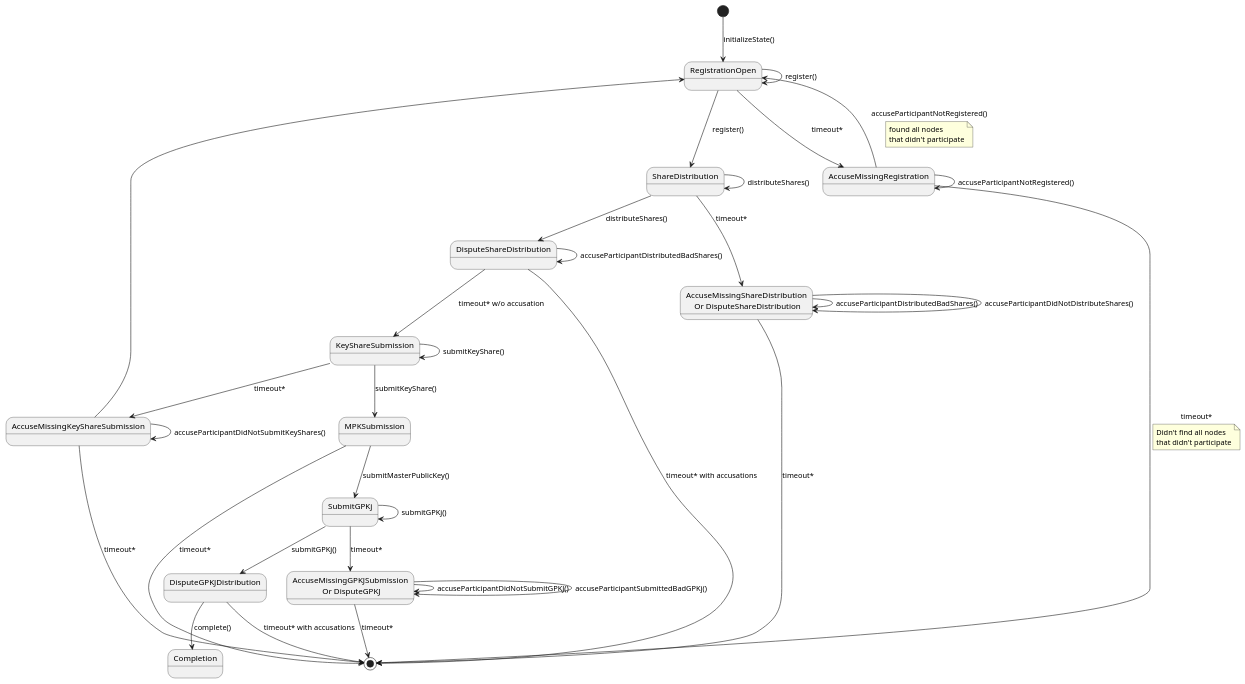
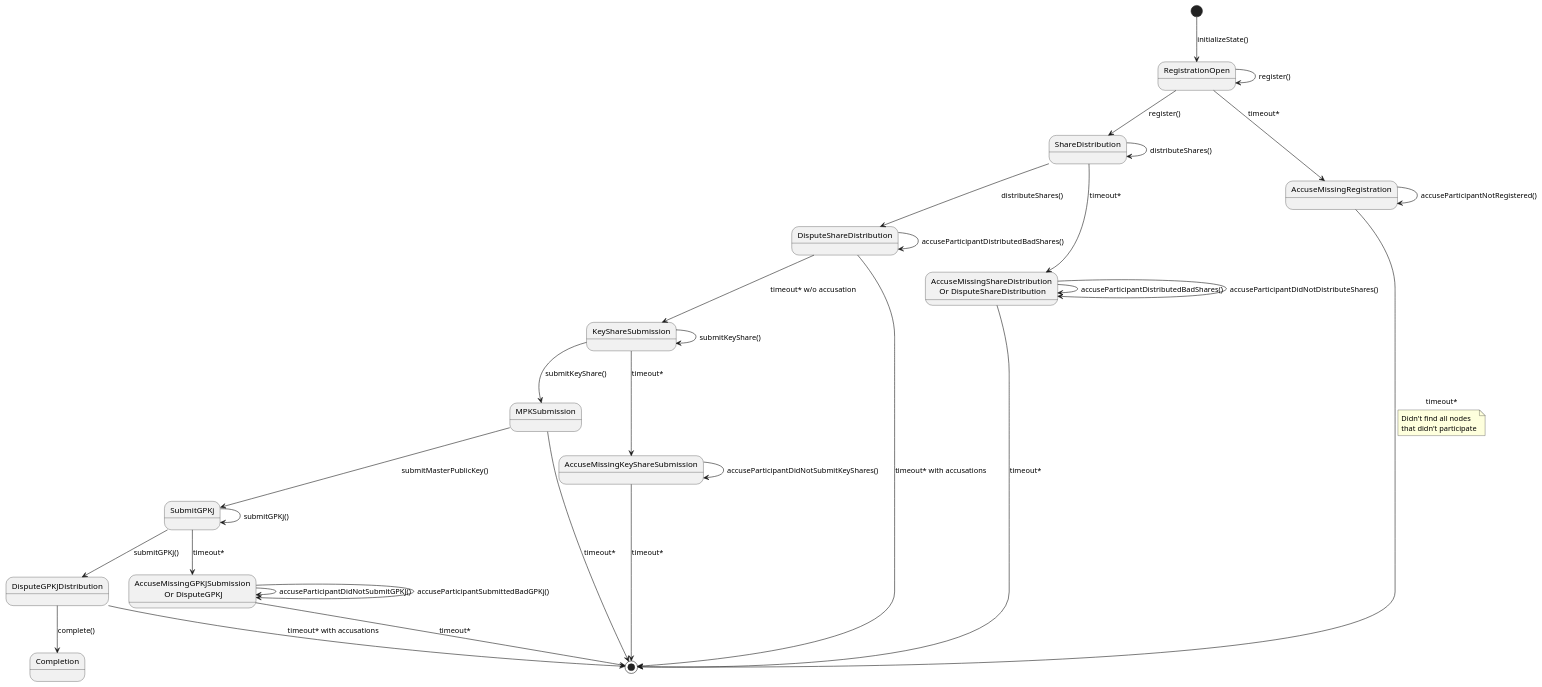
One commit to MadBase/bridge changed the diagram in docs/ethdkg_state_machine.puml. Above: the diagram before and after it, drawn with PlantUML. The commit also changed 2 other files, not shown here.

```diff
--- a/docs/ethdkg_state_machine.puml
+++ b/docs/ethdkg_state_machine.puml
@@ -1,59 +1,56 @@
 @startuml
 
 [*]     --> RegistrationOpen : initializeState()
 state end1 <<end>>
 skinparam state {
     EndColor Red
 }
 RegistrationOpen --> RegistrationOpen: register()
 RegistrationOpen --> ShareDistribution: register()
 RegistrationOpen --> AccuseMissingRegistration: timeout*
 
-AccuseMissingRegistration --> RegistrationOpen:accuseParticipantNotRegistered()
-note on link : found all nodes\nthat didn't participate
 AccuseMissingRegistration --> AccuseMissingRegistration: accuseParticipantNotRegistered()
 AccuseMissingRegistration --> end1: timeout*
 note on link : Didn't find all nodes\nthat didn't participate
 
 ShareDistribution --> ShareDistribution: distributeShares()
 ShareDistribution --> DisputeShareDistribution: distributeShares()
 state "AccuseMissingShareDistribution\n Or DisputeShareDistribution"  as AccuseShareWindow
 
 ShareDistribution -->  AccuseShareWindow: timeout*
 
 AccuseShareWindow -->  AccuseShareWindow: accuseParticipantDistributedBadShares()
 AccuseShareWindow -->end1: timeout*
 AccuseShareWindow -->  AccuseShareWindow: accuseParticipantDidNotDistributeShares()
 
 DisputeShareDistribution --> DisputeShareDistribution: accuseParticipantDistributedBadShares()
 DisputeShareDistribution --> KeyShareSubmission:  timeout* w/o accusation
 DisputeShareDistribution --> end1: timeout* with accusations
 KeyShareSubmission --> KeyShareSubmission: submitKeyShare()
 KeyShareSubmission --> MPKSubmission: submitKeyShare()
 
 KeyShareSubmission --> AccuseMissingKeyShareSubmission: timeout*
 AccuseMissingKeyShareSubmission --> AccuseMissingKeyShareSubmission: accuseParticipantDidNotSubmitKeyShares()
-AccuseMissingKeyShareSubmission -->RegistrationOpen
 AccuseMissingKeyShareSubmission --> end1: timeout*
 
 MPKSubmission --> SubmitGPKj: submitMasterPublicKey()
 
 MPKSubmission --> end1: timeout*
 
 SubmitGPKj --> SubmitGPKj: submitGPKj()
 
 
 state "AccuseMissingGPKJSubmission\n Or DisputeGPKJ"  as AccuseGPKJWindow
 SubmitGPKj --> AccuseGPKJWindow: timeout*
 AccuseGPKJWindow --> AccuseGPKJWindow: accuseParticipantDidNotSubmitGPKJ()
 AccuseGPKJWindow --> AccuseGPKJWindow: accuseParticipantSubmittedBadGPKj()
 AccuseGPKJWindow --> end1: timeout*
 
 SubmitGPKj --> DisputeGPKJDistribution: submitGPKj()
 
 DisputeGPKJDistribution --> Completion: complete()
 DisputeGPKJDistribution --> end1: timeout* with accusations
 
 
 
 @enduml
```
